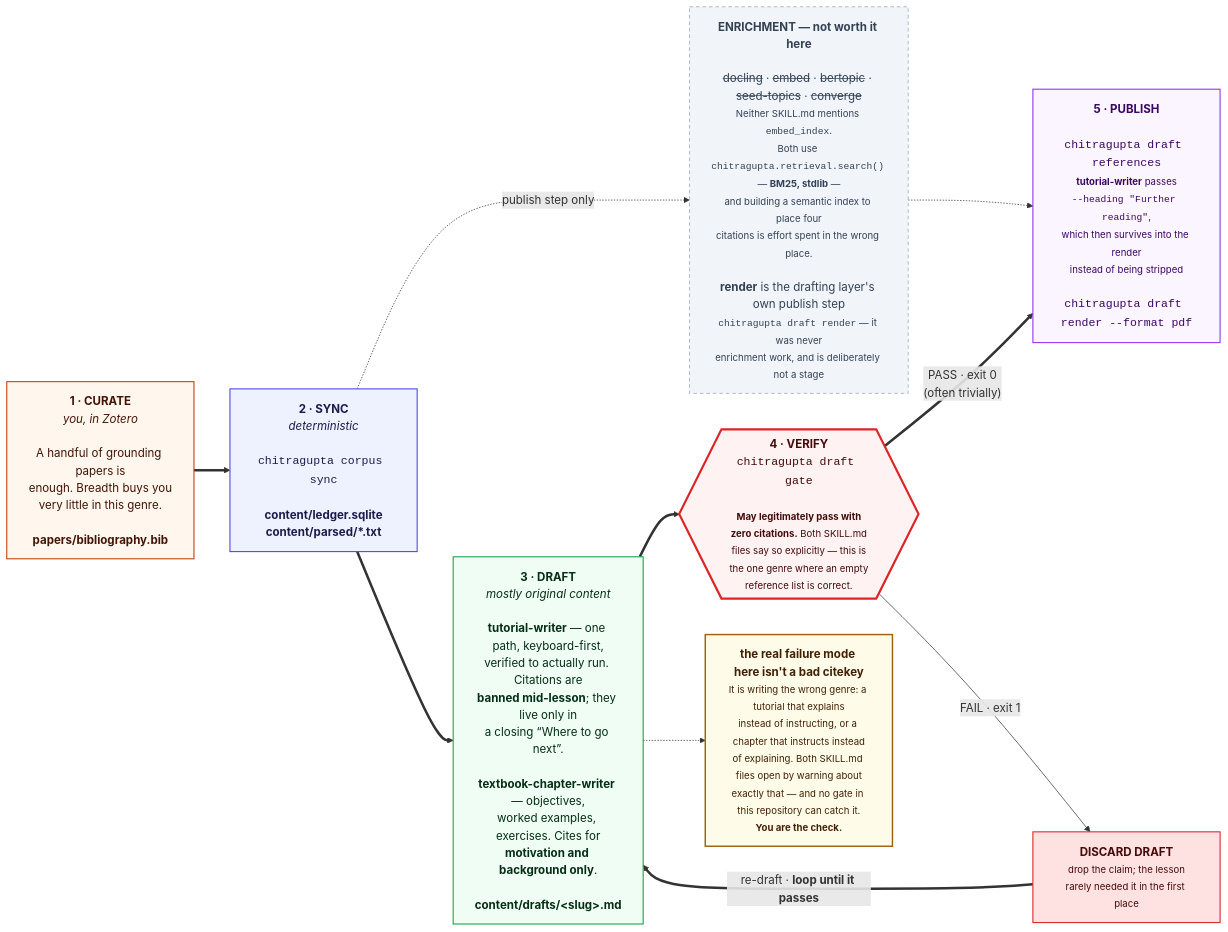
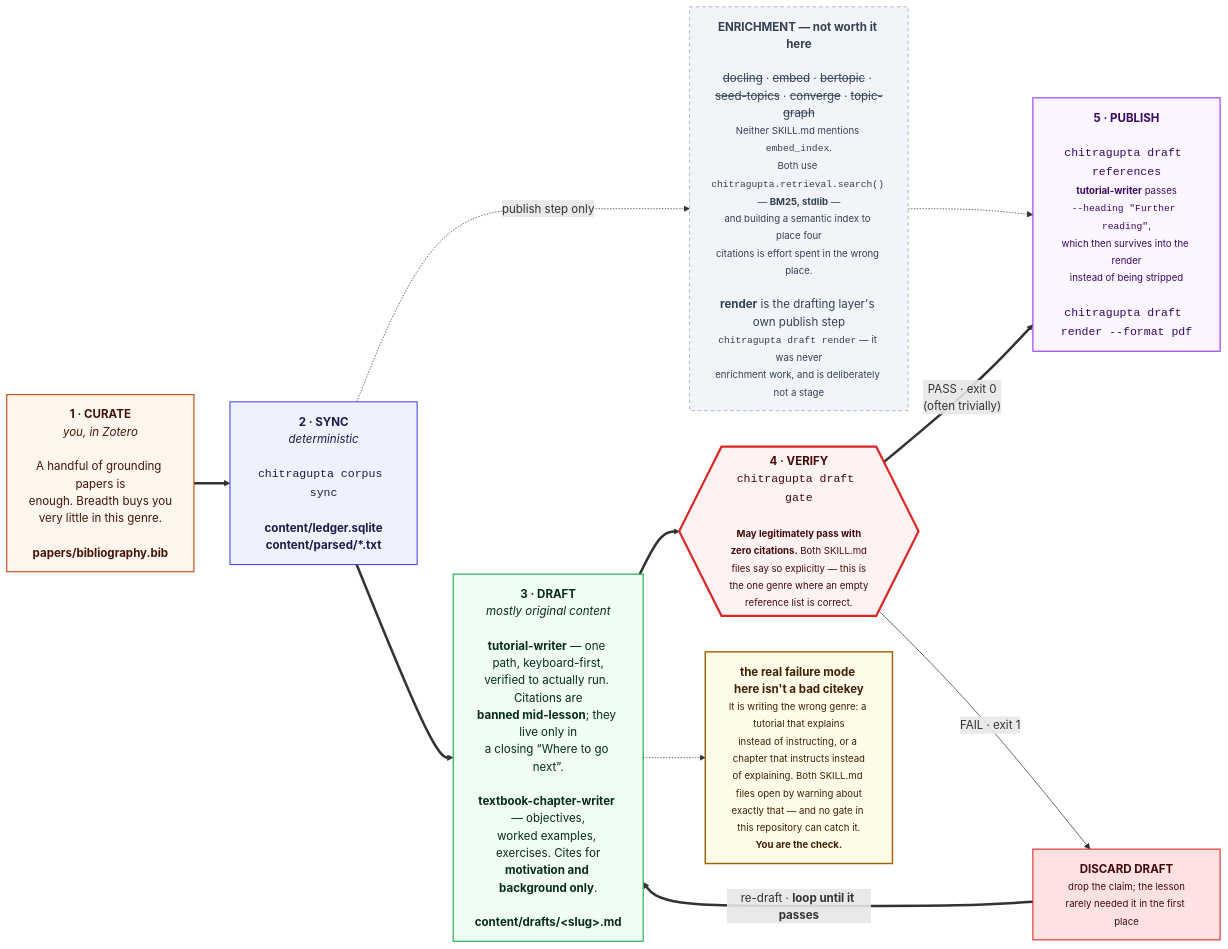
Before and after one commit to prasadtalasila/chitragupta: the eighth of 11 diagrams in docs/DIAGRAMS.md, drawn with Mermaid. The commit also changed other lines of this file and 19 other files, not shown here.

First line of the commit message:
Document the topic-graph stage and the topic-discovery plan

````diff
--- a/docs/DIAGRAMS.md
+++ b/docs/DIAGRAMS.md
@@ -755,45 +758,45 @@
 ```mermaid
 flowchart LR
 
   P0["<b>1 · CURATE</b><br/><i>you, in Zotero</i><br/><br/>A handful of grounding papers is<br/>enough. Breadth buys you<br/>very little in this genre.<br/><br/><b>papers/bibliography.bib</b>"]
 
   P1["<b>2 · SYNC</b><br/><i>deterministic</i><br/><br/><code>chitragupta corpus sync</code><br/><br/><b>content/ledger.sqlite</b><br/><b>content/parsed/*.txt</b>"]
 
-  HEAVY["<b>ENRICHMENT — not worth it here</b><br/><br/><s>docling</s> · <s>embed</s> · <s>bertopic</s> · <s>seed-topics</s> · <s>converge</s><br/><small>Neither SKILL.md mentions <code>embed_index</code>.<br/>Both use <code>chitragupta.retrieval.search()</code> — <b>BM25, stdlib</b> —<br/>and building a semantic index to place four<br/>citations is effort spent in the wrong place.</small><br/><br/><b>render</b> is the drafting layer's own publish step<br/><small><code>chitragupta draft render</code> — it was never<br/>enrichment work, and is deliberately not a stage</small>"]
+  HEAVY["<b>ENRICHMENT — not worth it here</b><br/><br/><s>docling</s> · <s>embed</s> · <s>bertopic</s> · <s>seed-topics</s> · <s>converge</s> · <s>topic-graph</s><br/><small>Neither SKILL.md mentions <code>embed_index</code>.<br/>Both use <code>chitragupta.retrieval.search()</code> — <b>BM25, stdlib</b> —<br/>and building a semantic index to place four<br/>citations is effort spent in the wrong place.</small><br/><br/><b>render</b> is the drafting layer's own publish step<br/><small><code>chitragupta draft render</code> — it was never<br/>enrichment work, and is deliberately not a stage</small>"]
 
   P2["<b>3 · DRAFT</b><br/><i>mostly original content</i><br/><br/><b>tutorial-writer</b> — one path, keyboard-first,<br/>verified to actually run. Citations are<br/><b>banned mid-lesson</b>; they live only in<br/>a closing “Where to go next”.<br/><br/><b>textbook-chapter-writer</b> — objectives,<br/>worked examples, exercises. Cites for<br/><b>motivation and background only</b>.<br/><br/><b>content/drafts/&lt;slug&gt;.md</b>"]
 
   P3{{"<b>4 · VERIFY</b><br/><code>chitragupta draft gate</code><br/><br/><small><b>May legitimately pass with<br/>zero citations.</b> Both SKILL.md<br/>files say so explicitly — this is<br/>the one genre where an empty<br/>reference list is correct.</small>"}}
 
   FIX["<b>DISCARD DRAFT</b><br/><small>drop the claim; the lesson<br/>rarely needed it in the first place</small>"]
 
   P4["<b>5 · PUBLISH</b><br/><br/><code>chitragupta draft references</code><br/><small><b>tutorial-writer</b> passes<br/><code>--heading &quot;Further reading&quot;</code>,<br/>which then survives into the render<br/>instead of being stripped</small><br/><br/><code>chitragupta draft render --format pdf</code>"]
 
   RISK["<b>the real failure mode here isn't a bad citekey</b><br/><small>It is writing the wrong genre: a tutorial that explains<br/>instead of instructing, or a chapter that instructs instead<br/>of explaining. Both SKILL.md files open by warning about<br/>exactly that — and no gate in this repository can catch it.<br/><b>You are the check.</b></small>"]
 
   P0 ==> P1 ==> P2 ==> P3
   P1 -. "publish step only" .-> HEAVY
   HEAVY -.-> P4
   P3 == "PASS · exit 0<br/>(often trivially)" ==> P4
   P3 -- "FAIL · exit 1" --> FIX
   FIX == "re-draft · <b>loop until it passes</b>" ==> P2
   P2 -.-> RISK
 
   classDef you fill:#fff7ed,stroke:#c2410c,stroke-width:1.5px,color:#431407
   classDef det fill:#eef2ff,stroke:#4f46e5,stroke-width:1.5px,color:#1e1b4b
   classDef gen fill:#f0fdf4,stroke:#16a34a,stroke-width:1.5px,color:#052e16
   classDef gate fill:#fef2f2,stroke:#dc2626,stroke-width:3px,color:#450a0a
   classDef out fill:#faf5ff,stroke:#9333ea,stroke-width:1.5px,color:#3b0764
   classDef bad fill:#fee2e2,stroke:#dc2626,stroke-width:1.5px,color:#450a0a
   classDef off fill:#f1f5f9,stroke:#94a3b8,stroke-dasharray:5 4,color:#334155
   classDef risk fill:#fefce8,stroke:#a16207,stroke-width:2px,color:#422006
 
   class P0 you
   class P1 det
   class P2 gen
   class P3 gate
   class P4 out
   class FIX bad
   class HEAVY off
   class RISK risk
 ```
````
